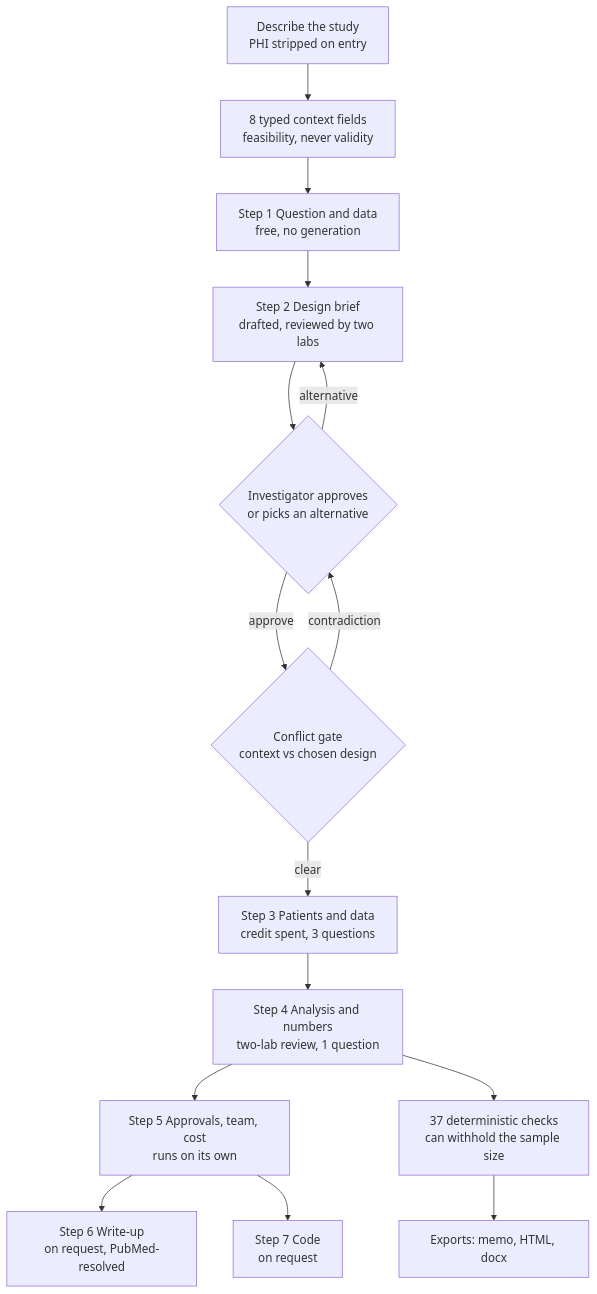
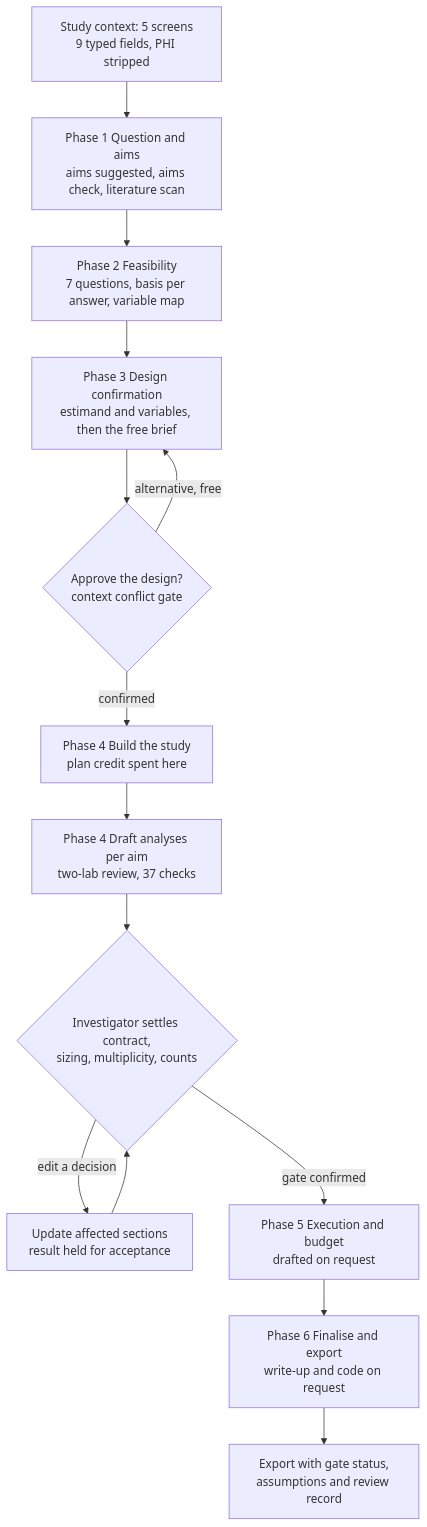
One commit to juleonr/Juleonrabbani-website changed the first of 2 diagrams in docs/mallard-study-design-process.md. Above: the diagram before and after it, drawn with Mermaid. The commit also changed other lines of this file and 15 other files, not shown here.

First line of the commit message:
Rework the Mallard document, process map and deck around the six-phase workspace

````diff
--- a/docs/mallard-study-design-process.md
+++ b/docs/mallard-study-design-process.md
@@ -19,17 +19,16 @@
 ```mermaid
 flowchart TD
-  A[Describe the study<br/>PHI stripped on entry] --> B[8 typed context fields<br/>feasibility, never validity]
-  B --> C[Step 1 Question and data<br/>free, no generation]
-  C --> D[Step 2 Design brief<br/>drafted, reviewed by two labs]
-  D --> E{Investigator approves<br/>or picks an alternative}
-  E -- alternative --> D
-  E -- approve --> F{Conflict gate<br/>context vs chosen design}
-  F -- contradiction --> E
-  F -- clear --> G[Step 3 Patients and data<br/>credit spent, 3 questions]
-  G --> H[Step 4 Analysis and numbers<br/>two-lab review, 1 question]
-  H --> I[Step 5 Approvals, team, cost<br/>runs on its own]
-  I --> J[Step 6 Write-up<br/>on request, PubMed-resolved]
-  I --> K[Step 7 Code<br/>on request]
-  H --> L[37 deterministic checks<br/>can withhold the sample size]
-  L --> M[Exports: memo, HTML, docx]
+  A[Study context: 5 screens<br/>9 typed fields, PHI stripped] --> P1[Phase 1 Question and aims<br/>aims suggested, aims check, literature scan]
+  P1 --> P2[Phase 2 Feasibility<br/>7 questions, basis per answer, variable map]
+  P2 --> P3[Phase 3 Design confirmation<br/>estimand and variables, then the free brief]
+  P3 --> G{Approve the design?<br/>context conflict gate}
+  G -- alternative, free --> P3
+  G -- confirmed --> P4a[Phase 4 Build the study<br/>plan credit spent here]
+  P4a --> P4b[Phase 4 Draft analyses per aim<br/>two-lab review, 37 checks]
+  P4b --> D{Investigator settles contract,<br/>sizing, multiplicity, counts}
+  D -- edit a decision --> R[Update affected sections<br/>result held for acceptance]
+  R --> D
+  D -- gate confirmed --> P5[Phase 5 Execution and budget<br/>drafted on request]
+  P5 --> P6[Phase 6 Finalise and export<br/>write-up and code on request]
+  P6 --> X[Export with gate status,<br/>assumptions and review record]
 ```
````
